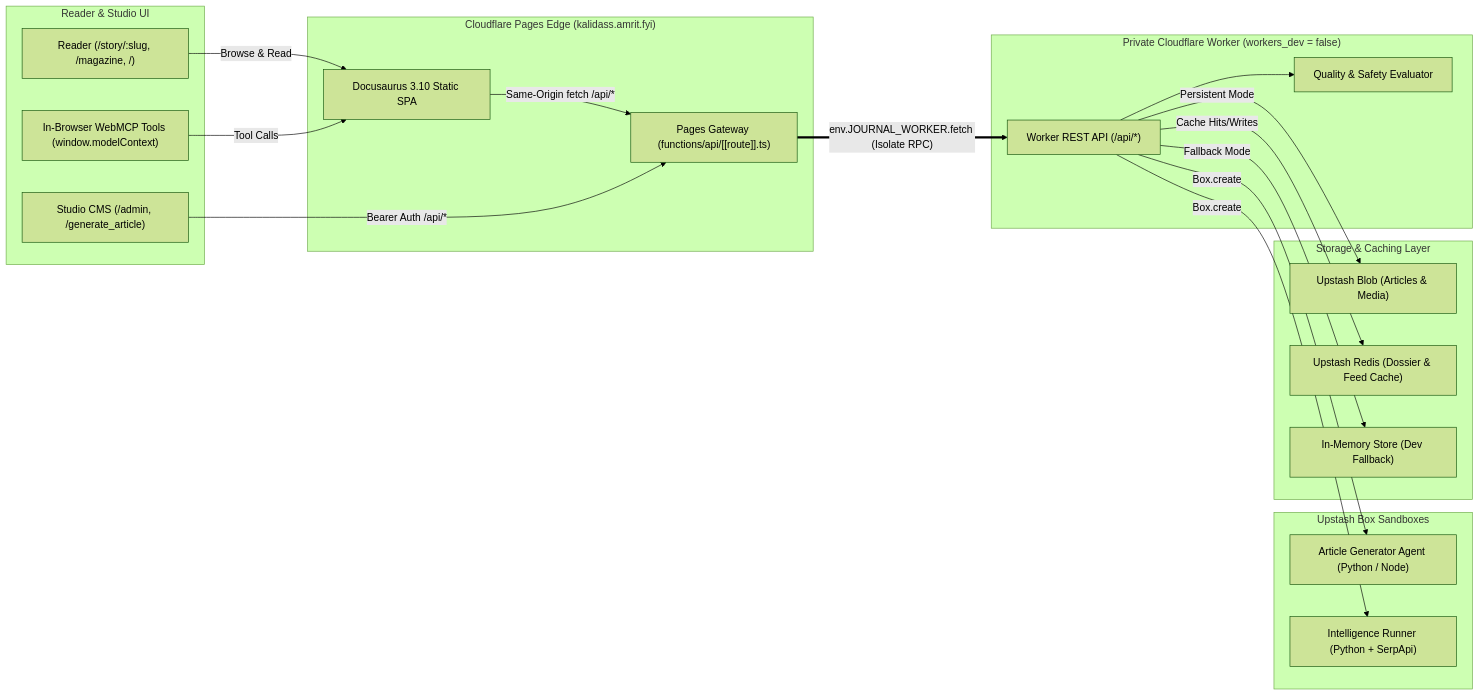
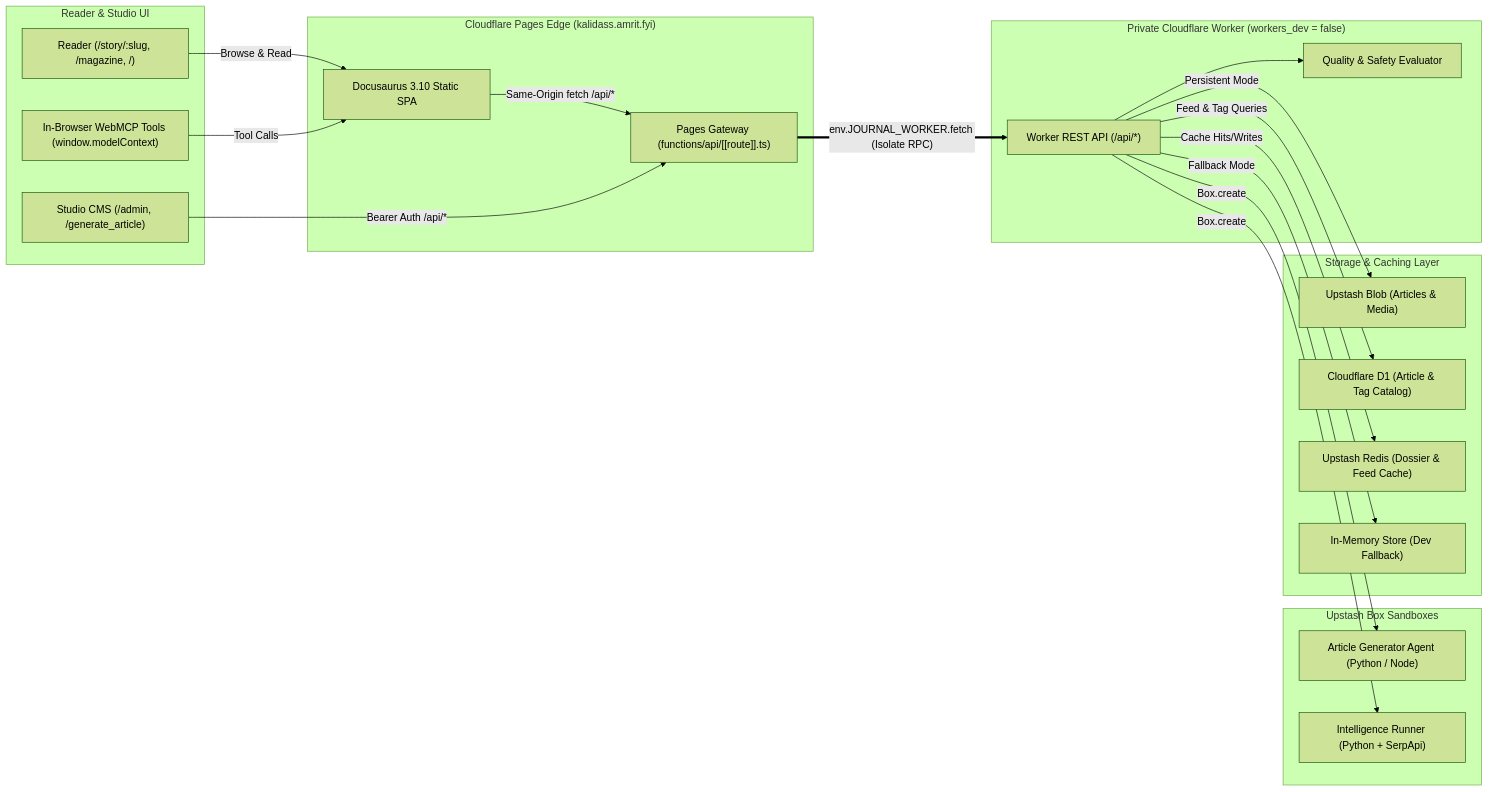
One commit to AmritSDutta/kalidass changed the diagram in README.md. Above: the diagram before and after it, drawn with Mermaid (forest theme). The commit also changed other lines of this file and 19 other files, not shown here.

````diff
--- a/README.md
+++ b/README.md
@@ -58,41 +58,43 @@
 ```mermaid
 flowchart LR
     subgraph Client["Reader & Studio UI"]
         Reader["Reader (/story/:slug, /magazine, /)"]
         Studio["Studio CMS (/admin, /generate_article)"]
         WebMCP["In-Browser WebMCP Tools (window.modelContext)"]
     end
 
     subgraph PagesEdge["Cloudflare Pages Edge (kalidass.amrit.fyi)"]
         Pages["Docusaurus 3.10 Static SPA"]
         Proxy["Pages Gateway (functions/api/[[route]].ts)"]
     end
 
     subgraph PrivateWorker["Private Cloudflare Worker (workers_dev = false)"]
         Worker["Worker REST API (/api/*)"]
         EvalEngine["Quality & Safety Evaluator"]
     end
 
     subgraph CloudSandbox["Upstash Box Sandboxes"]
         BoxGen["Article Generator Agent (Python / Node)"]
         BoxIntel["Intelligence Runner (Python + SerpApi)"]
     end
 
     subgraph Storage["Storage & Caching Layer"]
         Blob["Upstash Blob (Articles & Media)"]
+        D1["Cloudflare D1 (Article & Tag Catalog)"]
         Redis["Upstash Redis (Dossier & Feed Cache)"]
         Memory["In-Memory Store (Dev Fallback)"]
     end
 
     Reader -->|"Browse & Read"| Pages
     Pages -->|"Same-Origin fetch /api/*"| Proxy
     Studio -->|"Bearer Auth /api/*"| Proxy
     WebMCP -->|"Tool Calls"| Pages
     Proxy == "env.JOURNAL_WORKER.fetch (Isolate RPC)" ==> Worker
     Worker --> EvalEngine
     Worker -->|"Box.create"| BoxGen
     Worker -->|"Box.create"| BoxIntel
+    Worker -->|"Feed & Tag Queries"| D1
     Worker -->|"Persistent Mode"| Blob
     Worker -->|"Cache Hits/Writes"| Redis
     Worker -->|"Fallback Mode"| Memory
 ```
````
